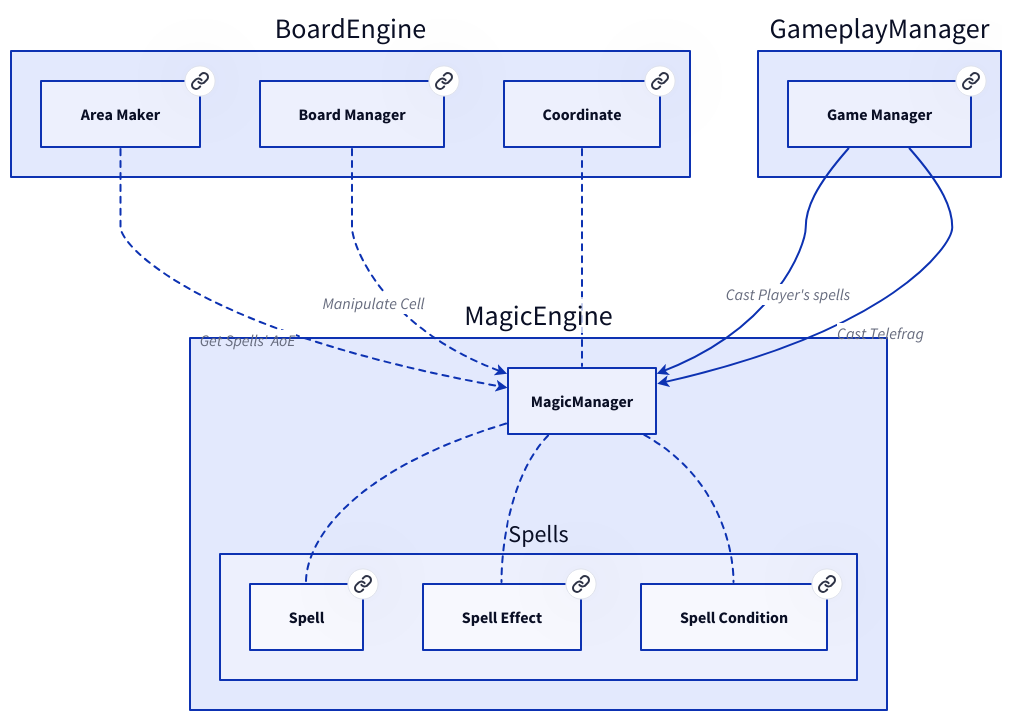
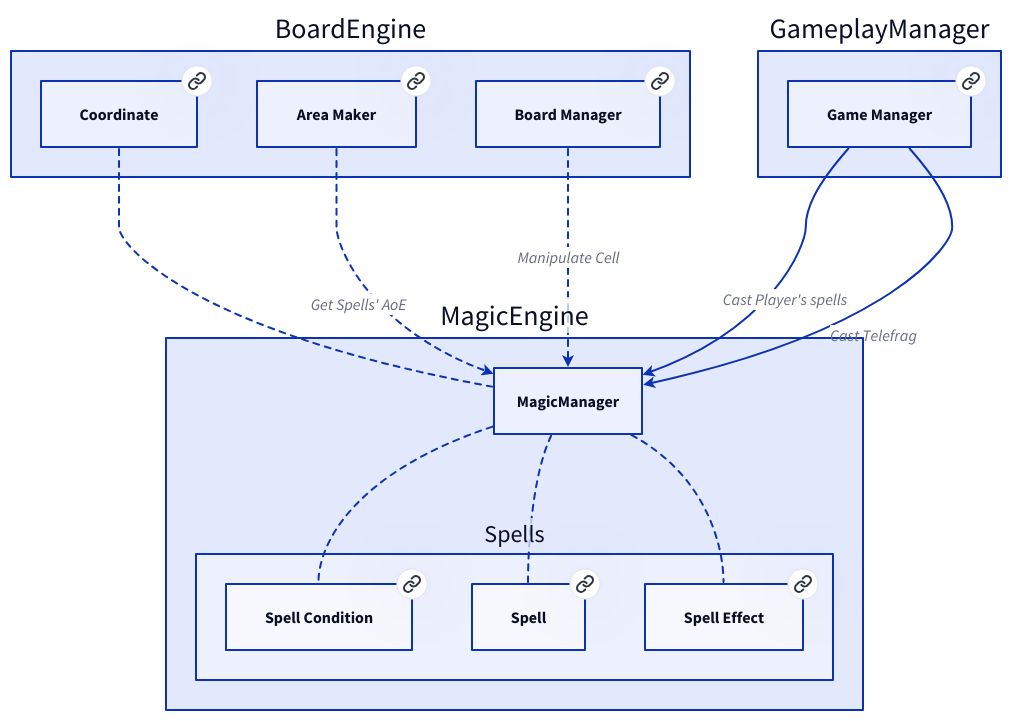
The diagram in doc/graphs/d2/MagicManager.d2 (Portevent/Brume-Documentation), drawn with D2 before and after one commit. The commit also changed other lines of this file and 128 other files, not shown here.

```diff
--- a/doc/graphs/d2/MagicManager.d2
+++ b/doc/graphs/d2/MagicManager.d2
@@ -1,52 +1,52 @@
 # Nodes :
 BoardEngine: {
     AreaMaker: Area Maker {
        link: AreaMaker
     }
-    BoardManager: Board Manager {
-       link: BoardManager
-    }
     Coordinate: Coordinate {
        link: Coordinate
     }
-}
-GameplayManager: {
-    GameManager: Game Manager {
-       link: GameManager
+    BoardManager: Board Manager {
+       link: BoardManager
     }
 }
 MagicEngine: {
     Spells: {
         SpellCondition: Spell Condition {
            link: SpellCondition
         }
         Spell: Spell {
            link: Spell
         }
         SpellEffect: Spell Effect {
            link: SpellEffect
         }
     }
 }
+GameplayManager: {
+    GameManager: Game Manager {
+       link: GameManager
+    }
+}
 
 # Links :
 BoardEngine.Coordinate -- MagicEngine.MagicManager: {style.stroke-dash: 3}
 MagicEngine.MagicManager -- MagicEngine.Spells.Spell: {style.stroke-dash: 3}
 MagicEngine.MagicManager -- MagicEngine.Spells.SpellEffect: {style.stroke-dash: 3}
 MagicEngine.MagicManager -- MagicEngine.Spells.SpellCondition: {style.stroke-dash: 3}
 BoardEngine.AreaMaker -> MagicEngine.MagicManager: Get Spells' AoE {style.stroke-dash: 3
+source-arrowhead: {}
+target-arrowhead: {shape: arrow}
+}
+BoardEngine.BoardManager -> MagicEngine.MagicManager: Manipulate Cell {style.stroke-dash: 3
 source-arrowhead: {}
 target-arrowhead: {shape: arrow}
 }
 GameplayManager.GameManager -> MagicEngine.MagicManager: Cast Player's spells {
 source-arrowhead: {}
 target-arrowhead: {shape: arrow}
 }
 GameplayManager.GameManager -> MagicEngine.MagicManager: Cast Telefrag {
 source-arrowhead: {}
 target-arrowhead: {shape: arrow}
 }
-BoardEngine.BoardManager -> MagicEngine.MagicManager: Manipulate Cell {style.stroke-dash: 3
-source-arrowhead: {}
-target-arrowhead: {shape: arrow}
-}
```
